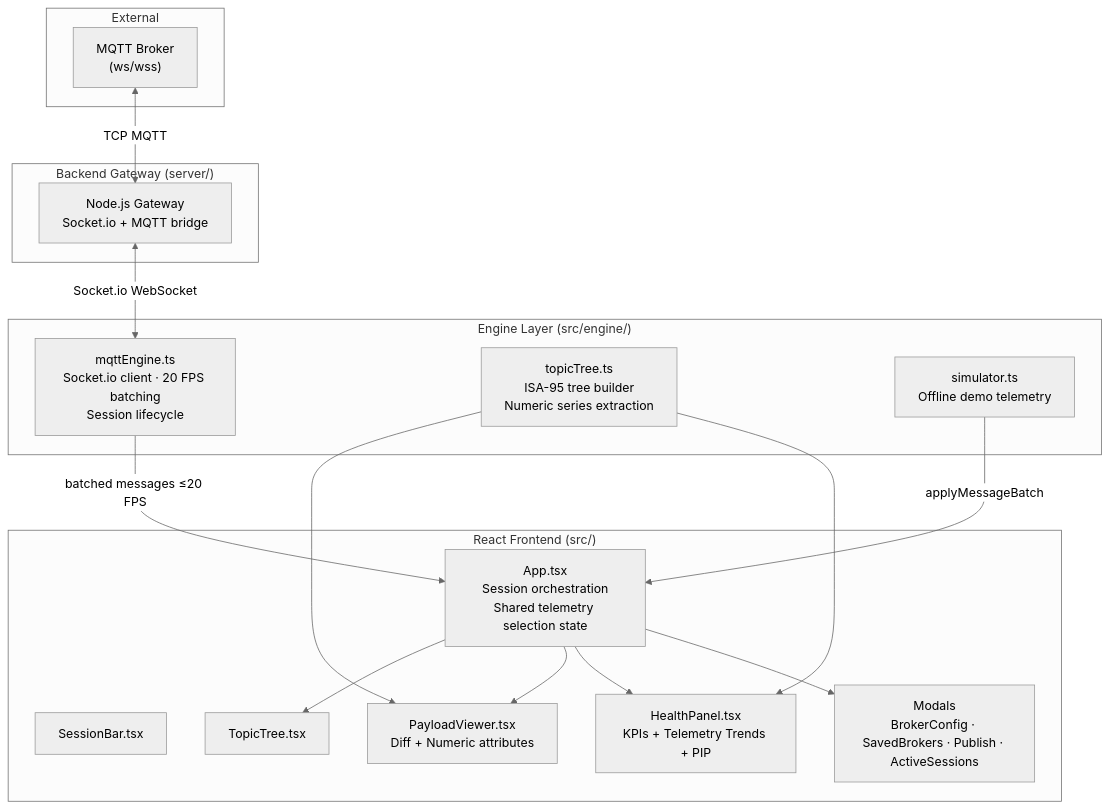
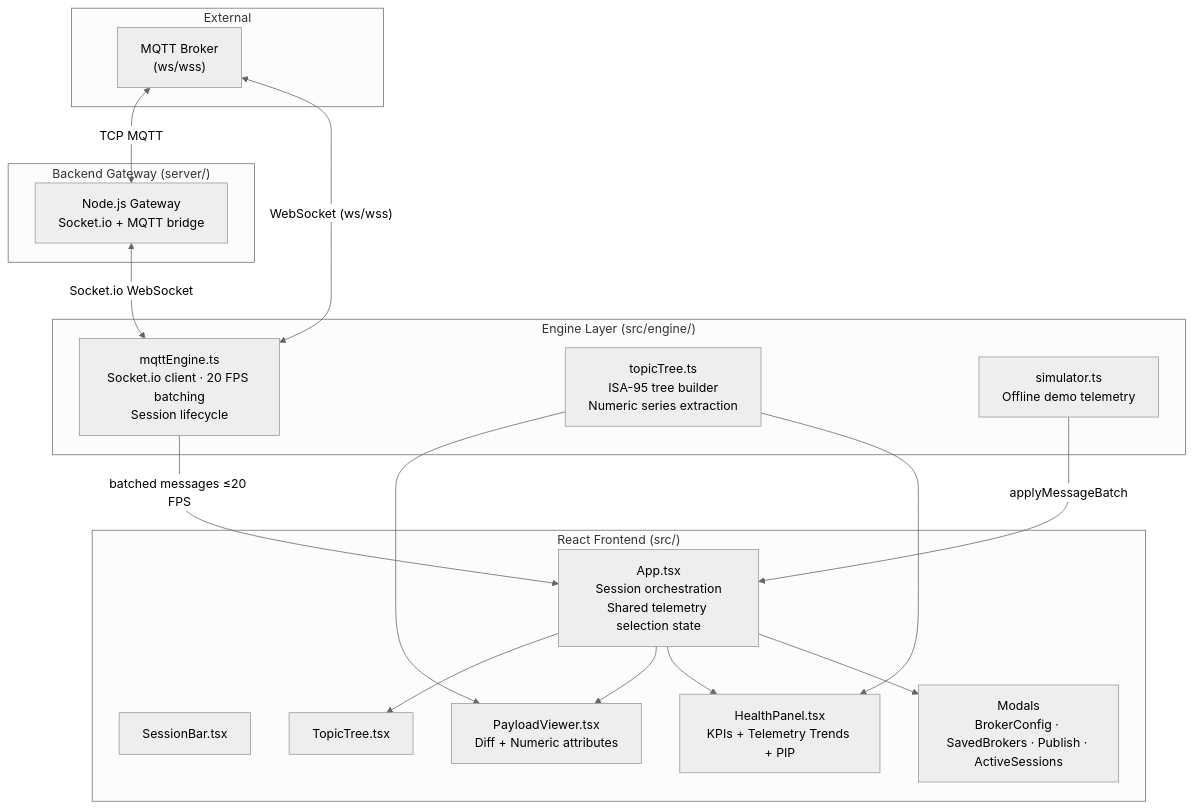
Before and after one commit to nimish-nirmal/uns-sentinel-explorer: the second of 4 diagrams in README.md, drawn with Mermaid (neutral theme). The commit also changed other lines of this file and 42 other files, not shown here.

````diff
--- a/README.md
+++ b/README.md
@@ -266,36 +327,37 @@
 ```mermaid
 flowchart TD
     subgraph Frontend["React Frontend (src/)"]
         App["App.tsx<br/>Session orchestration<br/>Shared telemetry selection state"]
         SessionBar["SessionBar.tsx"]
         TopicTree["TopicTree.tsx"]
         PayloadViewer["PayloadViewer.tsx<br/>Diff + Numeric attributes"]
         HealthPanel["HealthPanel.tsx<br/>KPIs + Telemetry Trends + PIP"]
         Modals["Modals<br/>BrokerConfig · SavedBrokers · Publish · ActiveSessions"]
     end
 
     subgraph Engine["Engine Layer (src/engine/)"]
         MqttEngine["mqttEngine.ts<br/>Socket.io client · 20 FPS batching<br/>Session lifecycle"]
         TopicTreeEngine["topicTree.ts<br/>ISA-95 tree builder<br/>Numeric series extraction"]
         Simulator["simulator.ts<br/>Offline demo telemetry"]
     end
 
     subgraph Backend["Backend Gateway (server/)"]
         Gateway["Node.js Gateway<br/>Socket.io + MQTT bridge"]
     end
 
     subgraph Broker["External"]
         MQTT["MQTT Broker<br/>(ws/wss)"]
     end
 
     MQTT <-->|"TCP MQTT"| Gateway
     Gateway <-->|"Socket.io WebSocket"| MqttEngine
+    MQTT <-->|"WebSocket (ws/wss)"| MqttEngine
     MqttEngine -->|"batched messages ≤20 FPS"| App
     App --> TopicTree
     App --> PayloadViewer
     App --> HealthPanel
     App --> Modals
     TopicTreeEngine --> PayloadViewer
     TopicTreeEngine --> HealthPanel
     Simulator -->|"applyMessageBatch"| App
 ```
````
